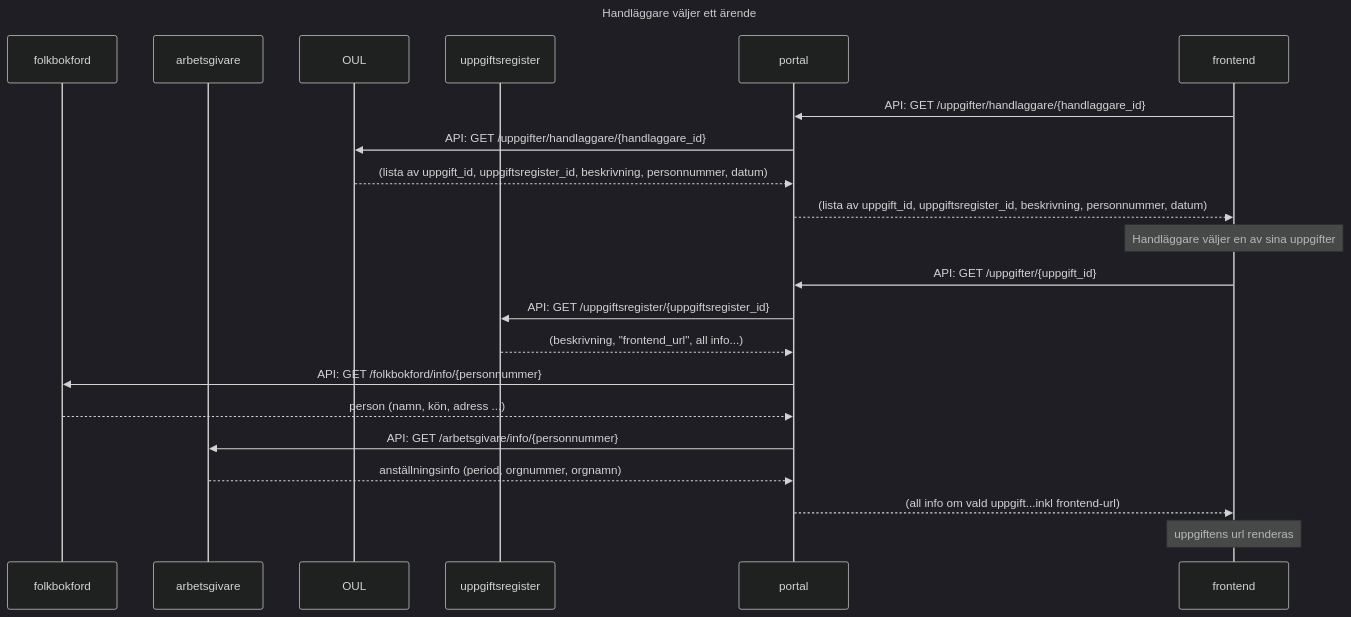
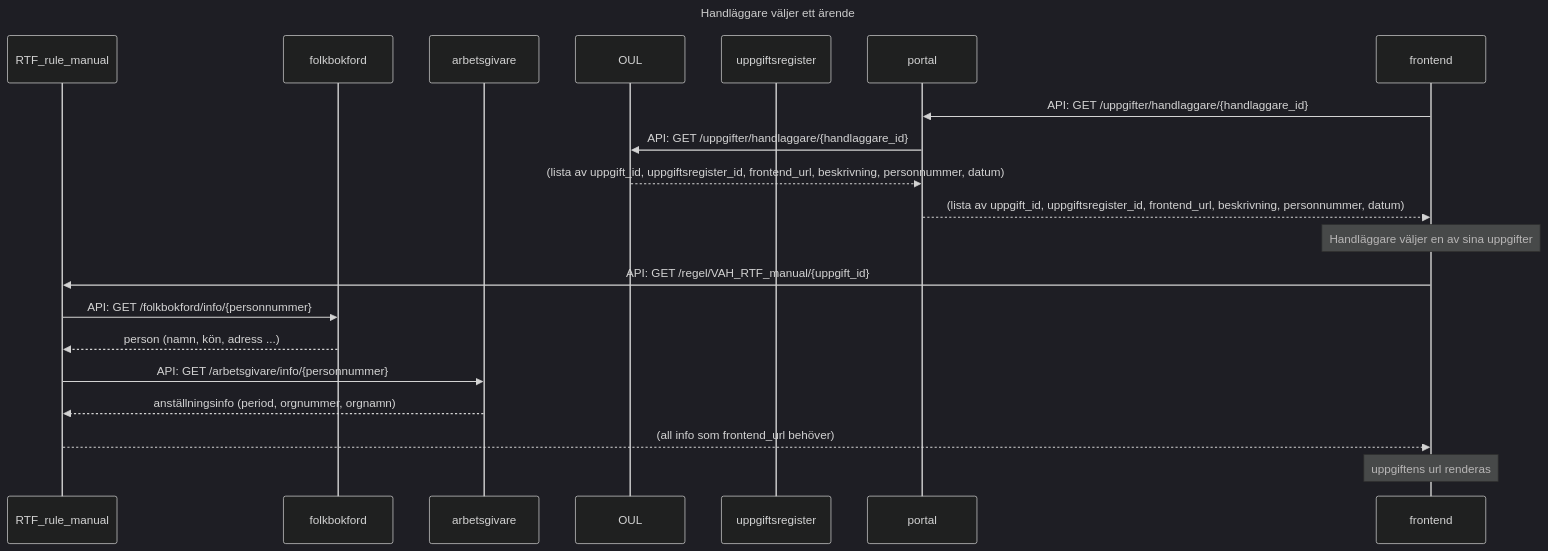
Before and after one commit to Forsakringskassan/rimfrost: the diagram in sequences/handlaggare_lista_arenden.mmd, drawn with Mermaid (dark theme). The commit also changed 1 other file, not shown here.

Commit message:
fix: handlaggare_lista_arenden.mmd uppdaterad med regel-kommunikation

```diff
--- a/sequences/handlaggare_lista_arenden.mmd
+++ b/sequences/handlaggare_lista_arenden.mmd
@@ -1,27 +1,27 @@
 sequenceDiagram
     title Handläggare väljer ett ärende
+    participant RTF_rule_manual
     participant folkbokford
     participant arbetsgivare
     participant OUL
     participant uppgiftsregister
     participant portal
     participant frontend
 
     frontend ->> portal: API: GET /uppgifter/handlaggare/{handlaggare_id}
     portal ->> OUL: API: GET /uppgifter/handlaggare/{handlaggare_id}
-    OUL -->> portal: (lista av uppgift_id, uppgiftsregister_id, beskrivning, personnummer, datum)
-    portal -->> frontend: (lista av uppgift_id, uppgiftsregister_id, beskrivning, personnummer, datum)
+    OUL -->> portal: (lista av uppgift_id, uppgiftsregister_id, frontend_url, beskrivning, personnummer, datum)
+    portal -->> frontend: (lista av uppgift_id, uppgiftsregister_id, frontend_url, beskrivning, personnummer, datum)
     note over frontend: Handläggare väljer en av sina uppgifter
-    frontend ->> portal: API: GET /uppgifter/{uppgift_id}
 
-    portal ->> uppgiftsregister: API: GET /uppgiftsregister/{uppgiftsregister_id}
-    uppgiftsregister -->> portal: (beskrivning, "frontend_url", all info...)
 
-    portal ->> folkbokford: API: GET /folkbokford/info/{personnummer}
-    folkbokford -->> portal: person (namn, kön, adress ...)
+    frontend ->> RTF_rule_manual: API: GET /regel/VAH_RTF_manual/{uppgift_id}
+    RTF_rule_manual ->> folkbokford: API: GET /folkbokford/info/{personnummer}
+    folkbokford -->> RTF_rule_manual: person (namn, kön, adress ...)
 
-    portal ->> arbetsgivare: API: GET /arbetsgivare/info/{personnummer}
-    arbetsgivare -->> portal: anställningsinfo (period, orgnummer, orgnamn)
-    portal -->> frontend: (all info om vald uppgift...inkl frontend-url)
+    RTF_rule_manual ->> arbetsgivare: API: GET /arbetsgivare/info/{personnummer}
+    arbetsgivare -->> RTF_rule_manual: anställningsinfo (period, orgnummer, orgnamn)
+
+    RTF_rule_manual -->> frontend: (all info som frontend_url behöver)
 
     note over frontend: uppgiftens url renderas
```
